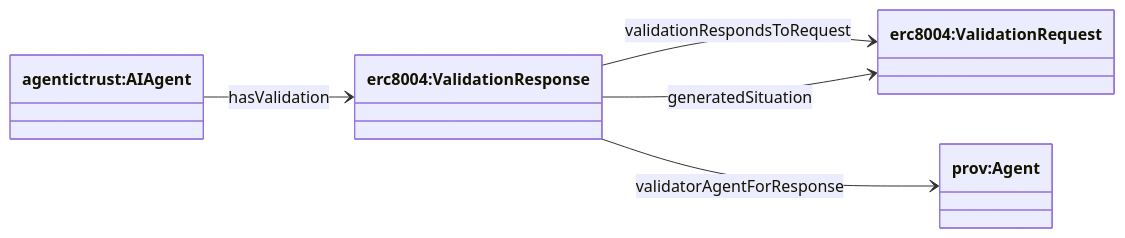
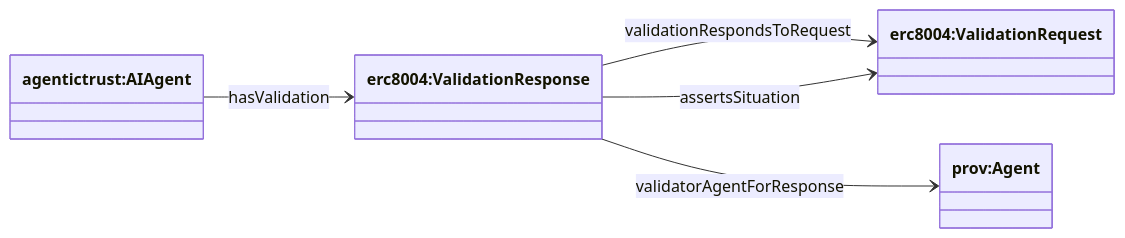
Before and after one commit to Agentic-Trust-Layer/agent-explorer: the fourth of 6 diagrams in docs/ontology/situation.md, drawn with Mermaid. The commit also changed other lines of this file and 2 other files, not shown here.

Commit message:
update situation md

````diff
--- a/docs/ontology/situation.md
+++ b/docs/ontology/situation.md
@@ -148,14 +148,14 @@
 ```mermaid
 classDiagram
 direction LR
 
 class AIAgent["agentictrust:AIAgent"]
 class ValidationRequest["erc8004:ValidationRequest"]
 class ValidationResponse["erc8004:ValidationResponse"]
 class provAgent["prov:Agent"]
 
 AIAgent --> ValidationResponse : hasValidation
 ValidationResponse --> ValidationRequest : validationRespondsToRequest
-ValidationResponse --> ValidationRequest : generatedSituation
+ValidationResponse --> ValidationRequest : assertsSituation
 ValidationResponse --> provAgent : validatorAgentForResponse
 ```
````
